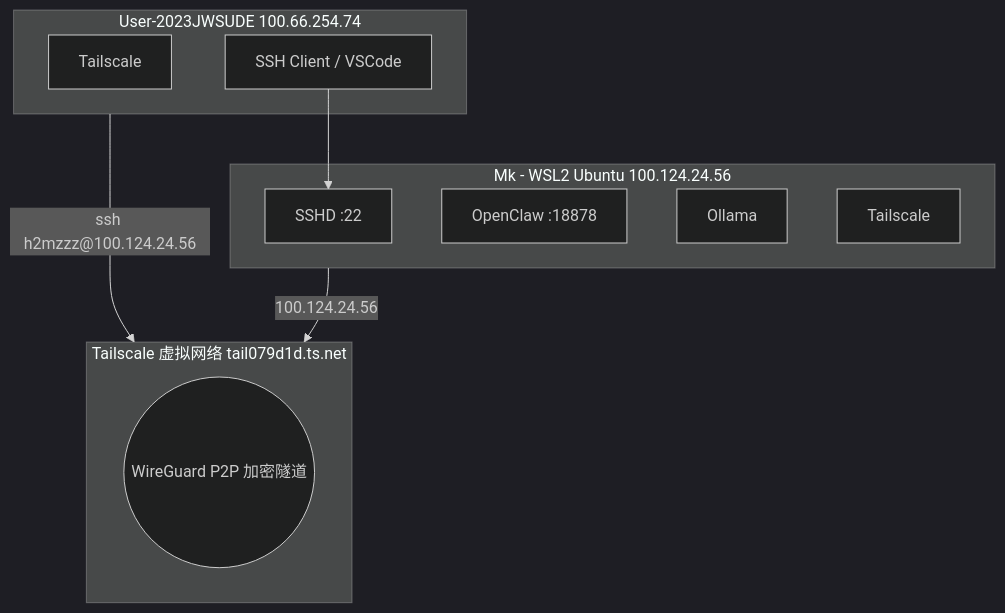
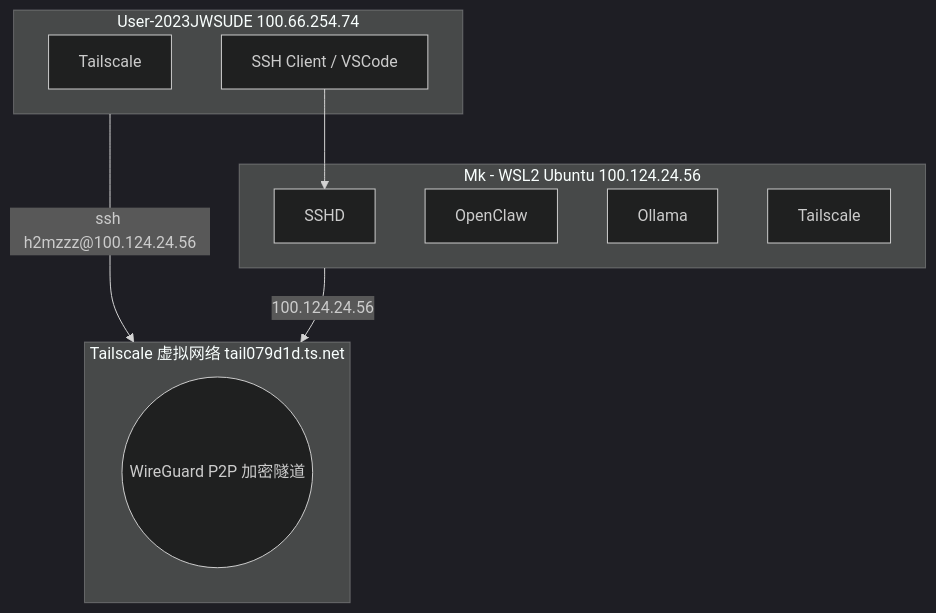
Before and after one commit to HuaiminHuang/obsidian-note-book: the first of 2 diagrams in FIXED-01-Ubuntu/tailscale/README.md, drawn with Mermaid (dark theme). The commit also changed 1 other file, not shown here.

Commit message:
fix: remove exposed port numbers from tailscale notes

````diff
--- a/FIXED-01-Ubuntu/tailscale/README.md
+++ b/FIXED-01-Ubuntu/tailscale/README.md
@@ -14,22 +14,22 @@
 ```mermaid
 graph TB
     subgraph WSL2[Mk - WSL2 Ubuntu 100.124.24.56]
-        SSH[SSHD :22]
-        OC[OpenClaw :18878]
+        SSH[SSHD]
+        OC[OpenClaw]
         Ollama[Ollama]
         TS1[Tailscale]
     end
 
     subgraph Remote[User-2023JWSUDE 100.66.254.74]
         TS2[Tailscale]
         Client[SSH Client / VSCode]
     end
 
     subgraph Tailnet[Tailscale 虚拟网络 tail079d1d.ts.net]
         WG((WireGuard P2P 加密隧道))
     end
 
     Remote -->|ssh h2mzzz@100.124.24.56| Tailnet
     WSL2 -->|100.124.24.56| Tailnet
     Client --> SSH
 ```
````
